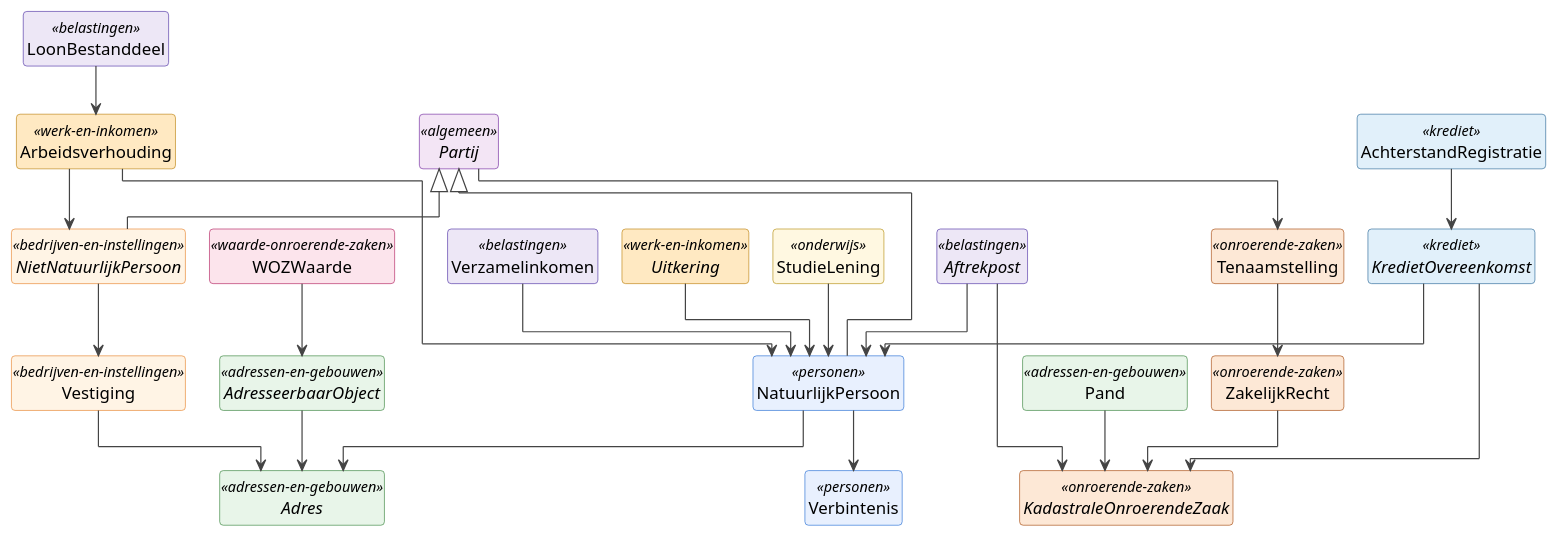
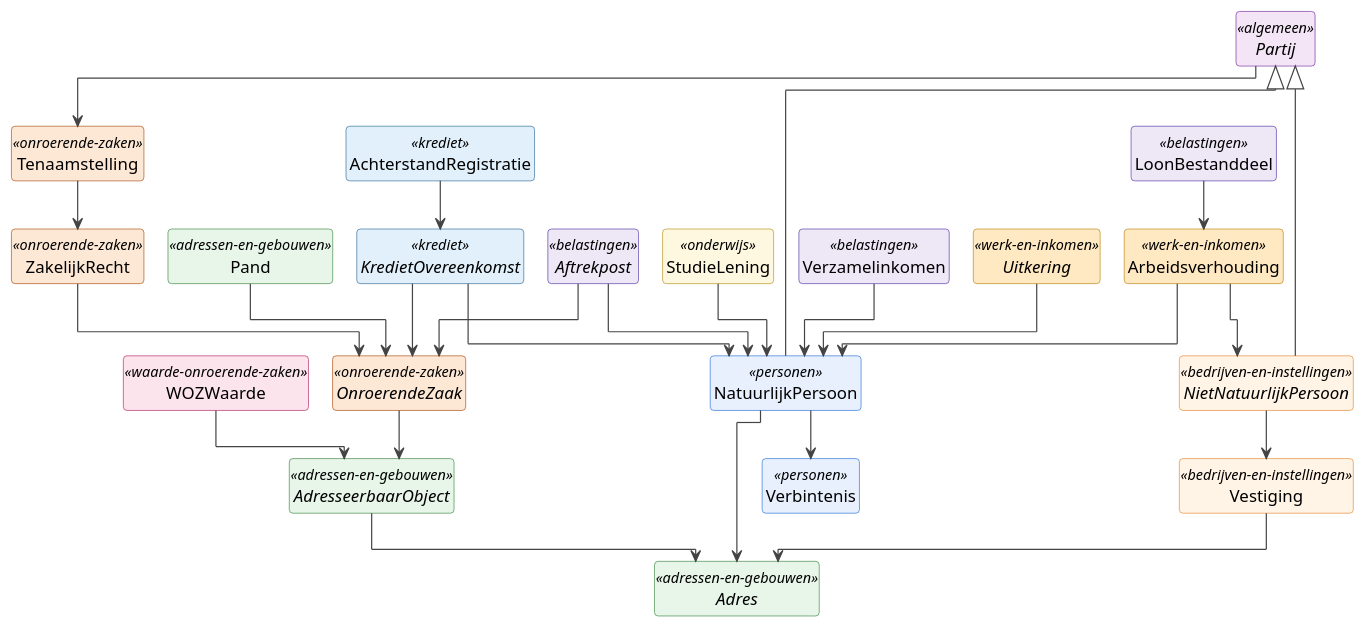
Before and after one commit to ICTU/GBO-Semantiek: the first of 2 diagrams in docs/informatiemodel/gbo-kern/hoofdmodel.md, drawn with PlantUML. The commit also changed other lines of this file and 93 other files, not shown here.

```diff
--- a/docs/informatiemodel/gbo-kern/hoofdmodel.md
+++ b/docs/informatiemodel/gbo-kern/hoofdmodel.md
@@ -106,7 +106,7 @@
 
 ' ---- Vastgoed: Kadaster (BRK) ----
 together {
-  abstract class KadastraleOnroerendeZaak <<onroerende-zaken>>
+  abstract class OnroerendeZaak <<onroerende-zaken>>
   class Tenaamstelling <<onroerende-zaken>>
   class ZakelijkRecht <<onroerende-zaken>>
 }
@@ -148,19 +148,20 @@
 NatuurlijkPersoon --> Adres
 Vestiging --> Adres
 AdresseerbaarObject --> Adres
-Pand --> KadastraleOnroerendeZaak
+Pand --> OnroerendeZaak
 
 ' ---- BRK + WOZ ----
-ZakelijkRecht --> KadastraleOnroerendeZaak
+ZakelijkRecht --> OnroerendeZaak
 Tenaamstelling --> ZakelijkRecht
 Partij --> Tenaamstelling
+OnroerendeZaak --> AdresseerbaarObject
 WOZWaarde --> AdresseerbaarObject
 
 ' ---- Fiscaal (BD) ----
 Verzamelinkomen --> NatuurlijkPersoon
 LoonBestanddeel --> Arbeidsverhouding
 Aftrekpost --> NatuurlijkPersoon
-Aftrekpost --> KadastraleOnroerendeZaak
+Aftrekpost --> OnroerendeZaak
 
 ' ---- Werk en inkomen (UWV) ----
 Arbeidsverhouding --> NatuurlijkPersoon
@@ -169,7 +170,7 @@
 
 ' ---- Krediet (BKR) ----
 KredietOvereenkomst --> NatuurlijkPersoon
-KredietOvereenkomst --> KadastraleOnroerendeZaak
+KredietOvereenkomst --> OnroerendeZaak
 AchterstandRegistratie --> KredietOvereenkomst
 
 ' ---- Onderwijs (DUO) ----
```
